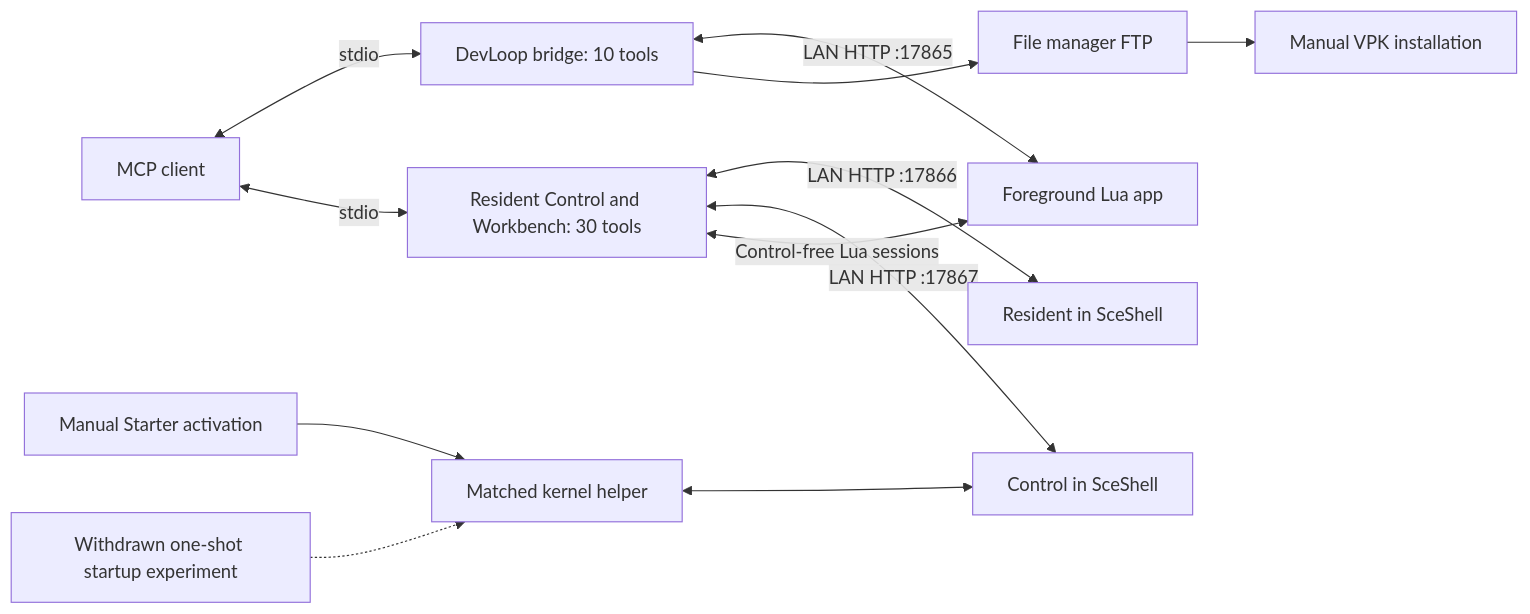
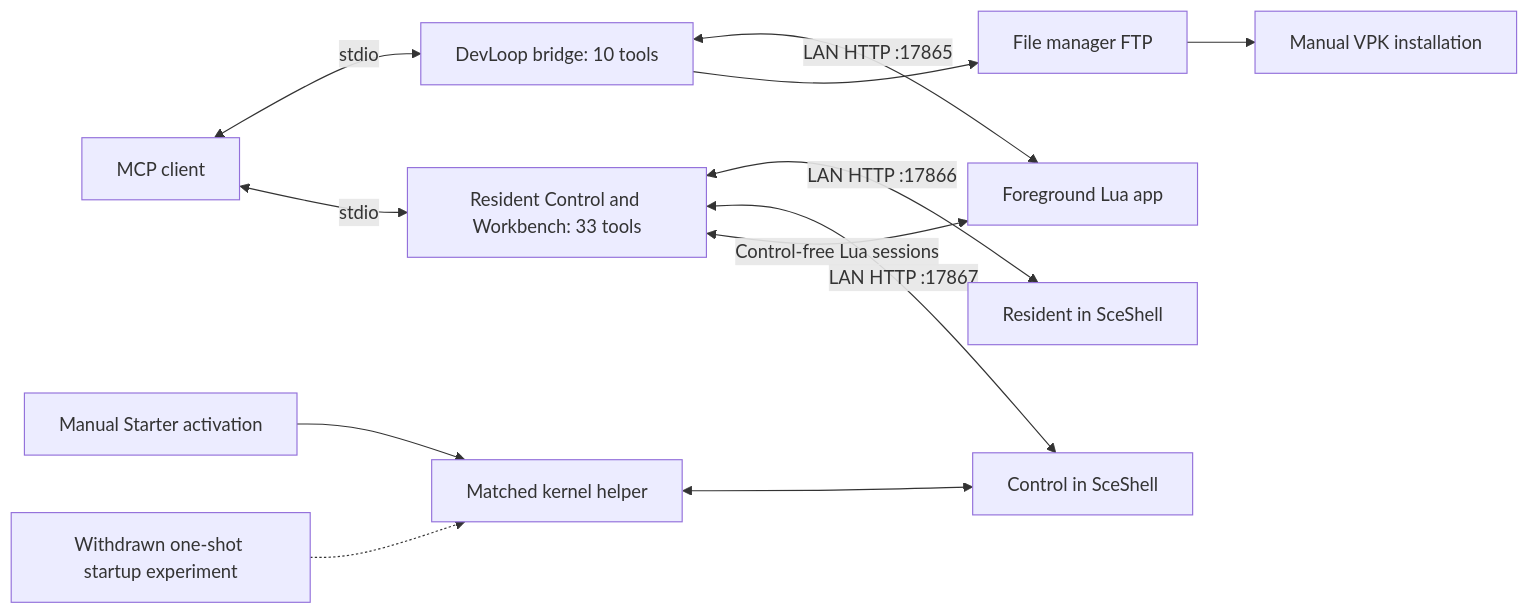
Before and after one commit to LeiterConsulting/ps-vita-mcp: the diagram in README.md, drawn with Mermaid. The commit also changed other lines of this file and 31 other files, not shown here.

````diff
--- a/README.md
+++ b/README.md
@@ -97,14 +99,14 @@
 ```mermaid
 flowchart LR
     Client[MCP client] <-->|stdio| DevBridge[DevLoop bridge: 10 tools]
-    Client <-->|stdio| Background[Resident Control and Workbench: 30 tools]
+    Client <-->|stdio| Background[Resident Control and Workbench: 33 tools]
     DevBridge <-->|LAN HTTP :17865| DevLoop[Foreground Lua app]
     Background <-->|LAN HTTP :17866| Resident[Resident in SceShell]
     Background <-->|LAN HTTP :17867| Control[Control in SceShell]
     Background <-->|Control-free Lua sessions| DevLoop
     Starter[Manual Starter activation] --> Kernel[Matched kernel helper]
     Auto[Withdrawn one-shot startup experiment] -.-> Kernel
     Kernel <--> Control
     DevBridge --> FTP[File manager FTP]
     FTP --> Install[Manual VPK installation]
 ```
````
